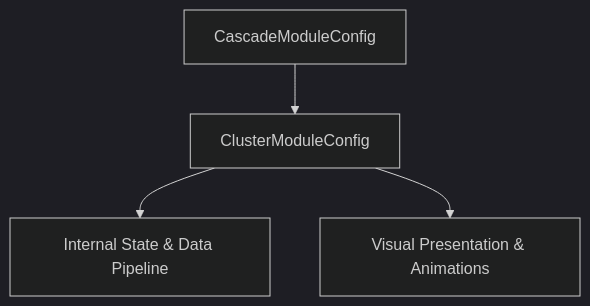
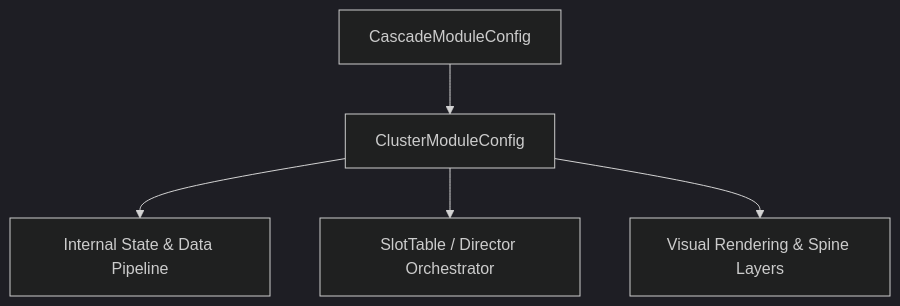
The diagram in docs/cc_slot_mechanics/modules/ClusterModuleConfig/01_overview/01_architecture_and_role.md (lam-ark/mcp-fwcc), drawn with Mermaid (dark theme) before and after one commit. The commit also changed other lines of this file and 2509 other files, not shown here.

````diff
--- a/docs/cc_slot_mechanics/modules/ClusterModuleConfig/01_overview/01_architecture_and_role.md
+++ b/docs/cc_slot_mechanics/modules/ClusterModuleConfig/01_overview/01_architecture_and_role.md
@@ -18,6 +24,7 @@
 ```mermaid
 graph TD
-    Parent[CascadeModuleConfig] --> Mod[ClusterModuleConfig]
-    Mod --> State[Internal State & Data Pipeline]
-    Mod --> Render[Visual Presentation & Animations]
+    SuperClass[CascadeModuleConfig] --> TargetClass[ClusterModuleConfig]
+    TargetClass --> DataPipeline[Internal State & Data Pipeline]
+    TargetClass --> Orchestrator[SlotTable / Director Orchestrator]
+    TargetClass --> ViewLayer[Visual Rendering & Spine Layers]
 ```
````
